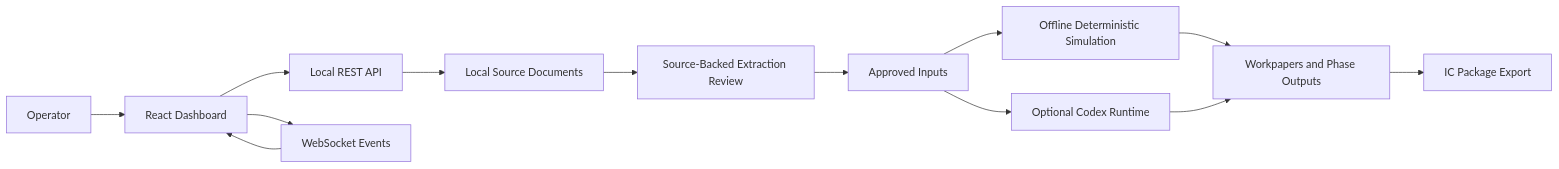
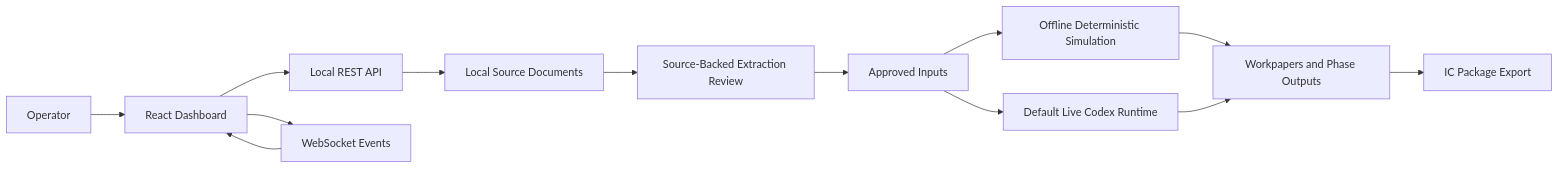
Before and after one commit to ahacker-1/cre-acquisition-orchestrator: the second of 2 diagrams in README.md, drawn with Mermaid. The commit also changed other lines of this file, not shown here.

````diff
--- a/README.md
+++ b/README.md
@@ -269,15 +285,15 @@
 ```mermaid
 flowchart LR
     U[Operator] --> UI[React Dashboard]
     UI --> API[Local REST API]
     UI --> WS[WebSocket Events]
     API --> DOCS[Local Source Documents]
     DOCS --> REVIEW[Source-Backed Extraction Review]
     REVIEW --> APPROVED[Approved Inputs]
     APPROVED --> SIM[Offline Deterministic Simulation]
-    APPROVED --> CODEX[Optional Codex Runtime]
+    APPROVED --> CODEX[Default Live Codex Runtime]
     SIM --> WORKPAPERS[Workpapers and Phase Outputs]
     CODEX --> WORKPAPERS
     WORKPAPERS --> PACKAGE[IC Package Export]
     WS --> UI
 ```
````
